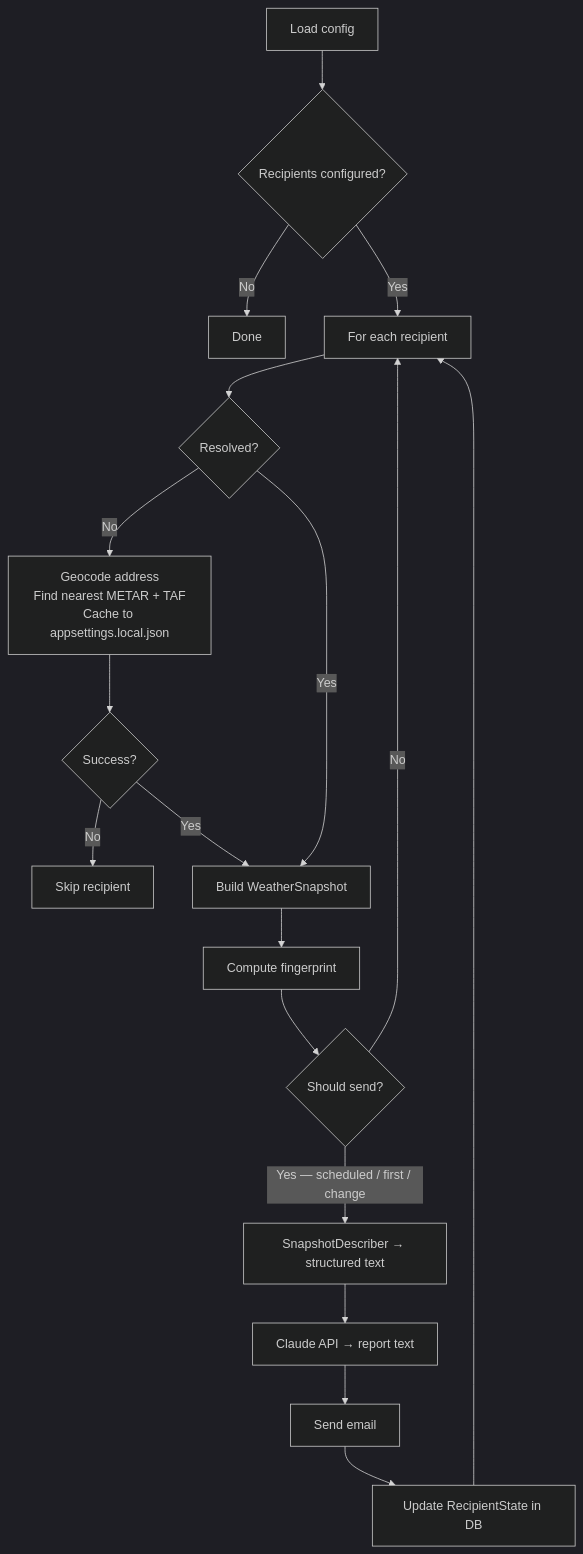
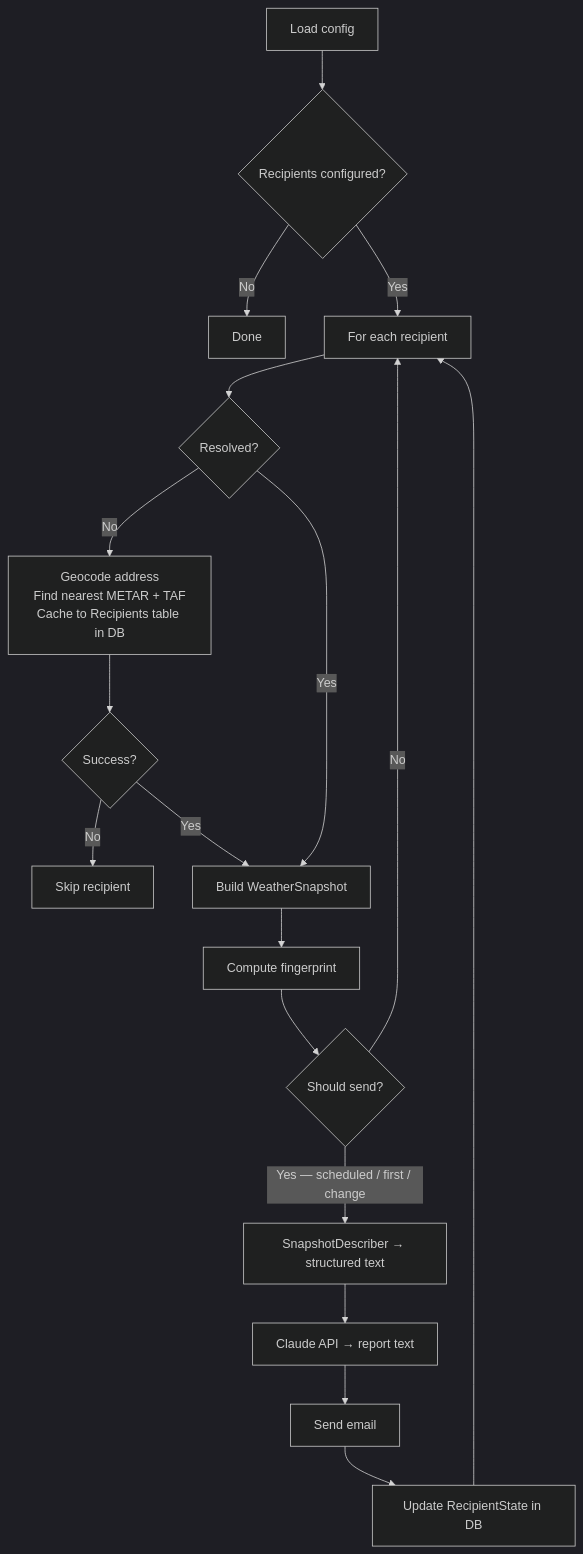
The seventh of 8 diagrams in WxServices/DESIGN.md (PaulHarder2/HarderWare), drawn with Mermaid (dark theme) before and after one commit. The commit also changed other lines of this file and 11 other files, not shown here.

````diff
--- a/WxServices/DESIGN.md
+++ b/WxServices/DESIGN.md
@@ -386,20 +386,20 @@
 ```mermaid
 flowchart TD
     A[Load config] --> B{Recipients configured?}
     B -->|No| Z[Done]
     B -->|Yes| C[For each recipient]
     C --> D{Resolved?}
-    D -->|No| E[Geocode address\nFind nearest METAR + TAF\nCache to appsettings.local.json]
+    D -->|No| E[Geocode address\nFind nearest METAR + TAF\nCache to Recipients table in DB]
     E --> F{Success?}
     F -->|No| SKIP[Skip recipient]
     D -->|Yes| G[Build WeatherSnapshot]
     F -->|Yes| G
     G --> H[Compute fingerprint]
     H --> I{Should send?}
     I -->|No| C
     I -->|Yes — scheduled / first / change| J[SnapshotDescriber → structured text]
     J --> K[Claude API → report text]
     K --> L[Send email]
     L --> M[Update RecipientState in DB]
     M --> C
 ```
````
